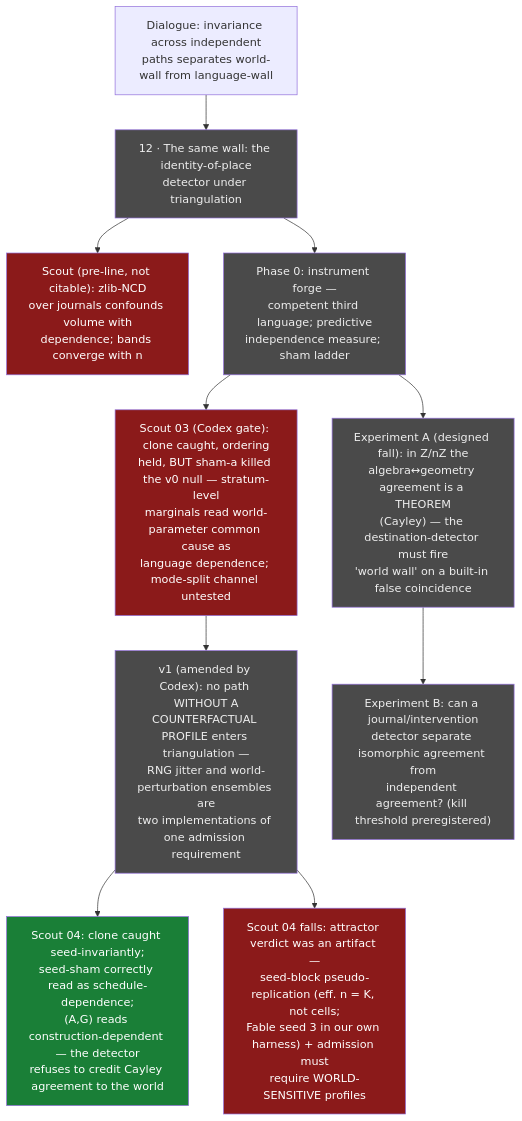
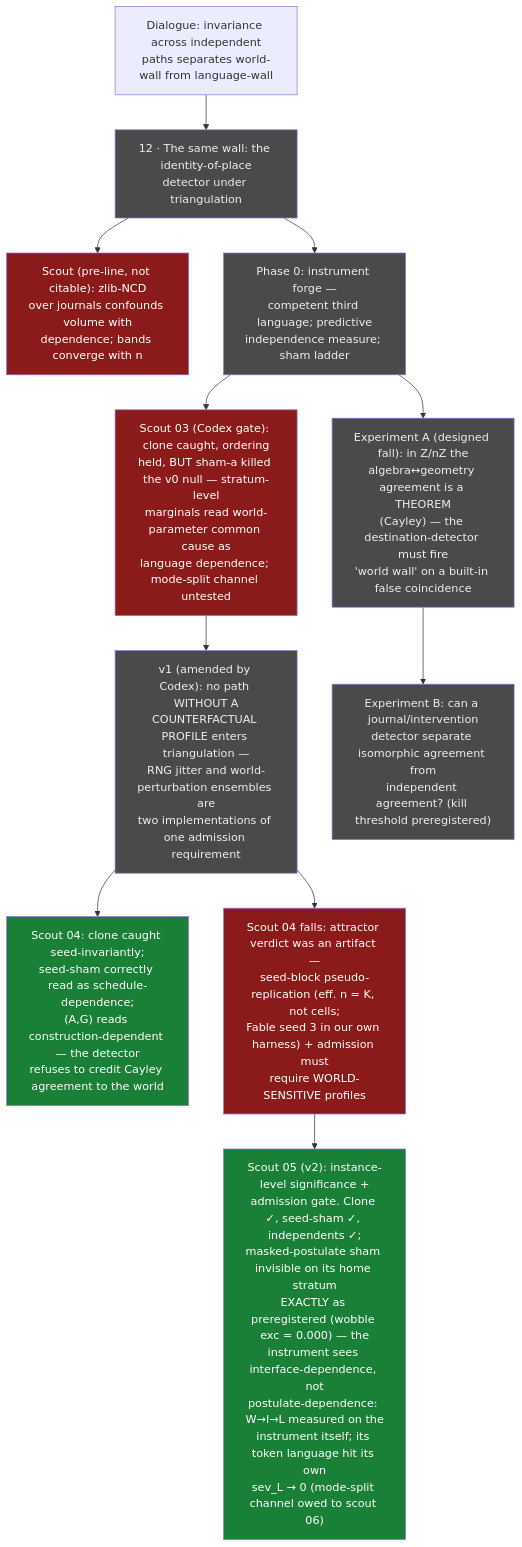
Before and after one commit to Kirill-Kruglov/ascesis: the diagram in ontology/lines/12-the-same-wall.md, drawn with Mermaid. The commit also changed other lines of this file and 1 other file, not shown here.

First line of the commit message:
Line 12 scout 05: v2 survived its ladder; the S2 limit measured exactly

````diff
--- a/ontology/lines/12-the-same-wall.md
+++ b/ontology/lines/12-the-same-wall.md
@@ -32,18 +32,19 @@
 ```mermaid
 flowchart TD
     classDef verified fill:#1a7f37,color:#fff
     classDef falsified fill:#8b1a1a,color:#fff
     classDef open fill:#4a4a4a,color:#eee
     classDef concl fill:#b8860b,color:#fff
 
     D["Dialogue: invariance across independent<br/>paths separates world-wall from language-wall"] --> Q
     Q["12 · The same wall: the identity-of-place<br/>detector under triangulation"]:::open
     Q --> S0["Scout (pre-line, not citable): zlib-NCD<br/>over journals confounds volume with<br/>dependence; bands converge with n"]:::falsified
     Q --> P0["Phase 0: instrument forge —<br/>competent third language; predictive<br/>independence measure; sham ladder"]:::open
     P0 --> S3["Scout 03 (Codex gate): clone caught, ordering<br/>held, BUT sham-a killed the v0 null — stratum-level<br/>marginals read world-parameter common cause as<br/>language dependence; mode-split channel untested"]:::falsified
     S3 --> V1["v1 (amended by Codex): no path WITHOUT A<br/>COUNTERFACTUAL PROFILE enters triangulation —<br/>RNG jitter and world-perturbation ensembles are<br/>two implementations of one admission requirement"]:::open
     V1 --> S4["Scout 04: clone caught seed-invariantly;<br/>seed-sham correctly read as schedule-dependence;<br/>(A,G) reads construction-dependent — the detector<br/>refuses to credit Cayley agreement to the world"]:::verified
     V1 --> S4f["Scout 04 falls: attractor verdict was an artifact —<br/>seed-block pseudo-replication (eff. n = K, not cells;<br/>Fable seed 3 in our own harness) + admission must<br/>require WORLD-SENSITIVE profiles"]:::falsified
+    S4f --> S5["Scout 05 (v2): instance-level significance +<br/>admission gate. Clone ✓, seed-sham ✓, independents ✓;<br/>masked-postulate sham invisible on its home stratum<br/>EXACTLY as preregistered (wobble exc = 0.000) — the<br/>instrument sees interface-dependence, not<br/>postulate-dependence: W→I→L measured on the<br/>instrument itself; its token language hit its own<br/>sev_L → 0 (mode-split channel owed to scout 06)"]:::verified
     P0 --> EA["Experiment A (designed fall): in Z/nZ the<br/>algebra↔geometry agreement is a THEOREM<br/>(Cayley) — the destination-detector must fire<br/>'world wall' on a built-in false coincidence"]:::open
     EA --> EB["Experiment B: can a journal/intervention<br/>detector separate isomorphic agreement from<br/>independent agreement? (kill threshold preregistered)"]:::open
 ```
````
